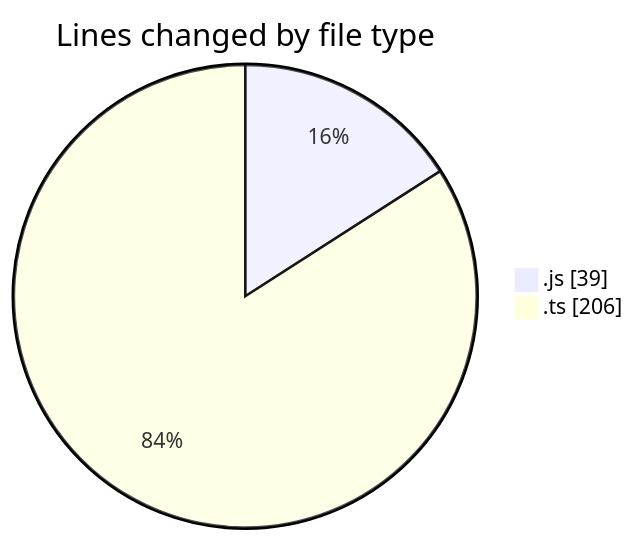
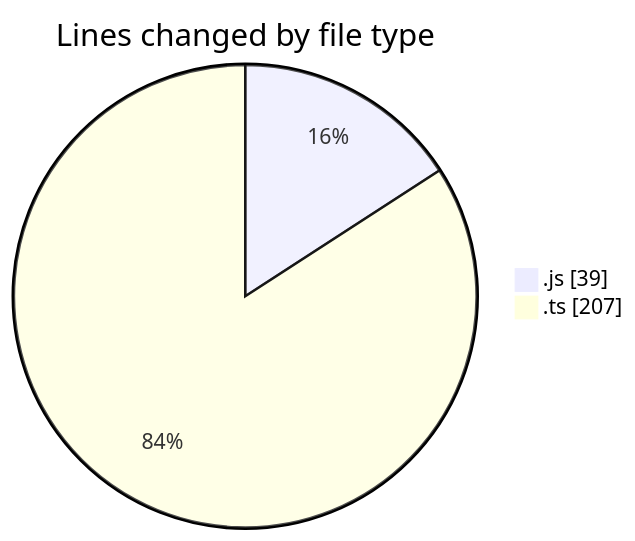
Before and after one commit to momahboobian/code-tracking: the first of 2 diagrams in 2025-06-19/cda/README.md, drawn with Mermaid. The commit also changed other lines of this file and 1 other file, not shown here.

````diff
--- a/2025-06-19/cda/README.md
+++ b/2025-06-19/cda/README.md
@@ -22,6 +22,6 @@
 ```mermaid
 pie showData
 title Lines changed by file type
 ".js" : 39
-".ts" : 206
+".ts" : 207
 ```
````
